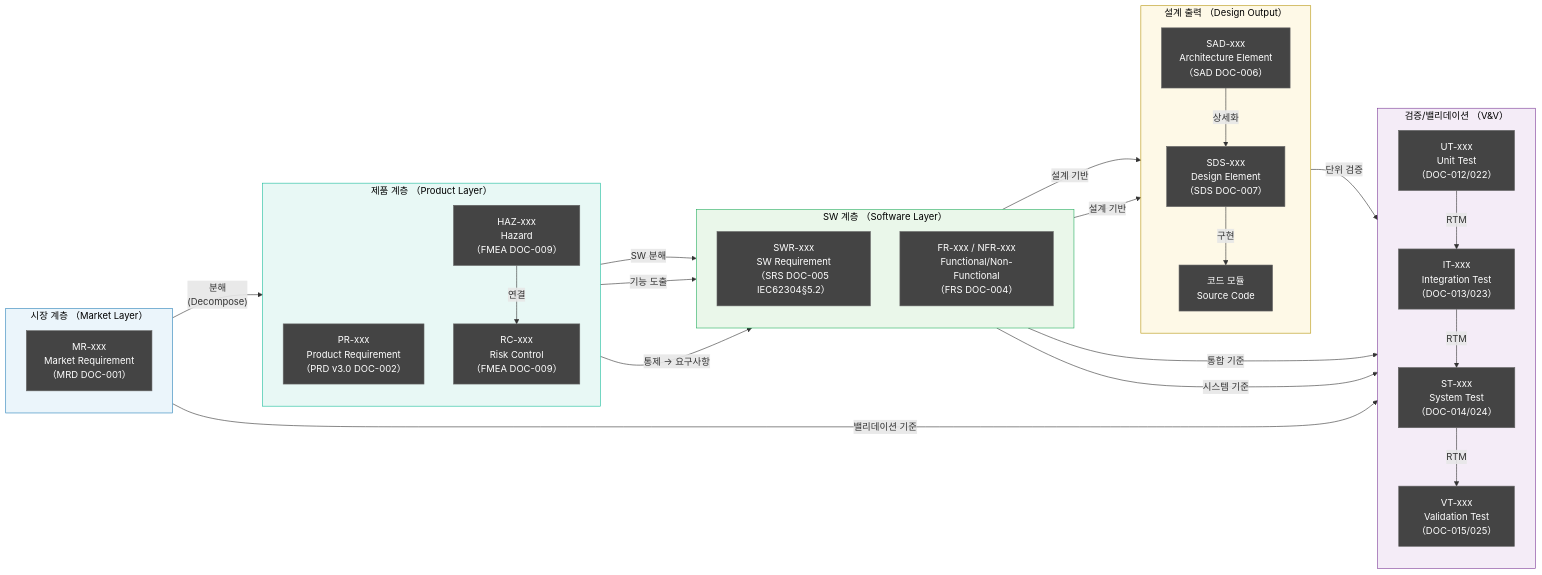
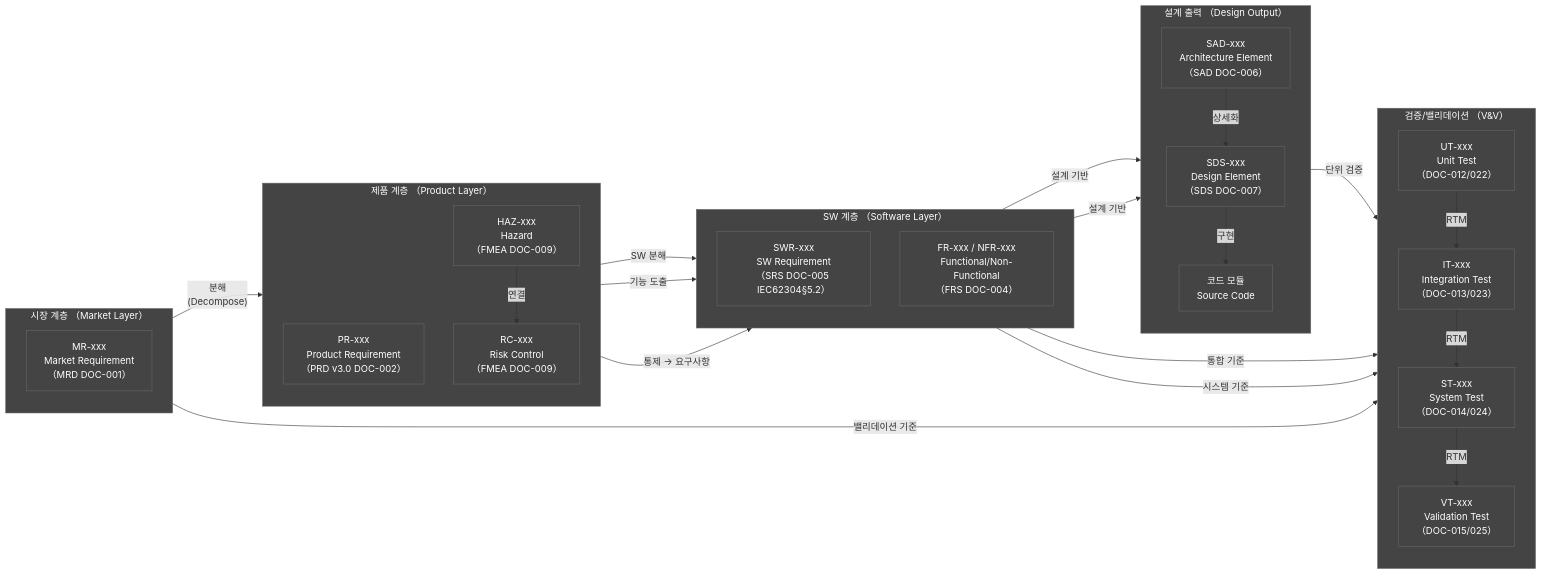
Before and after one commit to holee9/console-gui: the third of 9 diagrams in docs/management/DMP-001_DMP_v1.0.md, drawn with Mermaid. The commit also changed other lines of this file and 35 other files, not shown here.

First line of the commit message:
fix: 전체 Mermaid 차트 색상 진한 회색 통일

````diff
--- a/docs/management/DMP-001_DMP_v1.0.md
+++ b/docs/management/DMP-001_DMP_v1.0.md
@@ -485,59 +485,59 @@
 ```mermaid
 flowchart LR
     classDef default fill:#444,stroke:#666,color:#fff
     subgraph MKT["시장 계층 （Market Layer）"]
         direction TB
         MR["MR-xxx\nMarket Requirement\n（MRD DOC-001）"]
     end
 
     subgraph PROD["제품 계층 （Product Layer）"]
         direction TB
         PR["PR-xxx\nProduct Requirement\n（PRD v3.0 DOC-002）"]
         HAZ["HAZ-xxx\nHazard\n（FMEA DOC-009）"]
         RC["RC-xxx\nRisk Control\n（FMEA DOC-009）"]
     end
 
     subgraph SW["SW 계층 （Software Layer）"]
         direction TB
         SWR["SWR-xxx\nSW Requirement\n（SRS DOC-005 IEC62304§5.2）"]
         FR["FR-xxx / NFR-xxx\nFunctional/Non-Functional\n（FRS DOC-004）"]
     end
 
     subgraph DESIGN["설계 출력 （Design Output）"]
         direction TB
         SAD["SAD-xxx\nArchitecture Element\n（SAD DOC-006）"]
         SDS["SDS-xxx\nDesign Element\n（SDS DOC-007）"]
         CODE["코드 모듈\nSource Code"]
     end
 
     subgraph TEST["검증/밸리데이션 （V&V）"]
         direction TB
         UT["UT-xxx\nUnit Test\n（DOC-012/022）"]
         IT["IT-xxx\nIntegration Test\n（DOC-013/023）"]
         ST["ST-xxx\nSystem Test\n（DOC-014/024）"]
         VT["VT-xxx\nValidation Test\n（DOC-015/025）"]
     end
 
     MR -->|"분해\n(Decompose)"| PR
     PR -->|"SW 분해"| SWR
     PR -->|"기능 도출"| FR
     HAZ -->|"연결"| RC
     RC -->|"통제 → 요구사항"| SWR
     SWR -->|"설계 기반"| SAD
     FR -->|"설계 기반"| SAD
     SAD -->|"상세화"| SDS
     SDS -->|"구현"| CODE
     CODE -->|"단위 검증"| UT
     SWR -->|"통합 기준"| IT
     FR -->|"시스템 기준"| ST
     MR -->|"밸리데이션 기준"| VT
     UT -->|"RTM"| IT
     IT -->|"RTM"| ST
     ST -->|"RTM"| VT
 
-    style MKT fill:#EBF5FB,stroke:#2980B9,color:#000
-    style PROD fill:#E8F8F5,stroke:#1ABC9C,color:#000
-    style SW fill:#EAF7EA,stroke:#27AE60,color:#000
-    style DESIGN fill:#FEF9E7,stroke:#B7950B,color:#000
-    style TEST fill:#F4ECF7,stroke:#7D3C98,color:#000
+    style MKT fill:#444,stroke:#666,color:#fff
+    style PROD fill:#444,stroke:#666,color:#fff
+    style SW fill:#444,stroke:#666,color:#fff
+    style DESIGN fill:#444,stroke:#666,color:#fff
+    style TEST fill:#444,stroke:#666,color:#fff
 ```
````
